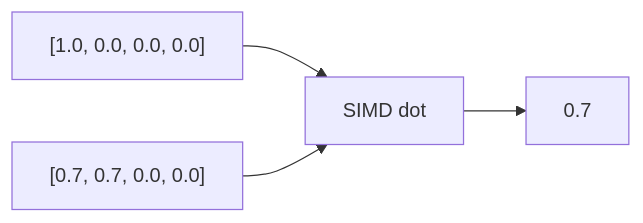
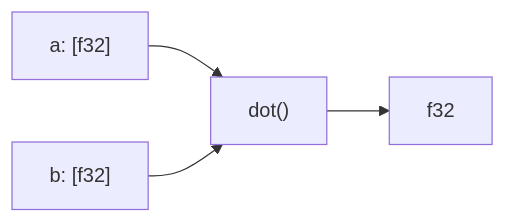
One commit to arclabs561/innr changed the diagram in README.md. Above: the diagram before and after it, drawn with Mermaid. The commit also changed other lines of this file, not shown here.

````diff
--- a/README.md
+++ b/README.md
@@ -3,6 +3,6 @@
 ```mermaid
 flowchart LR
-    A["[1.0, 0.0, 0.0, 0.0]"] --> SIMD
-    B["[0.7, 0.7, 0.0, 0.0]"] --> SIMD
-    SIMD["SIMD dot"] --> R["0.7"]
+    A["a: [f32]"] --> DOT["dot()"]
+    B["b: [f32]"] --> DOT
+    DOT --> R["f32"]
 ```
````
